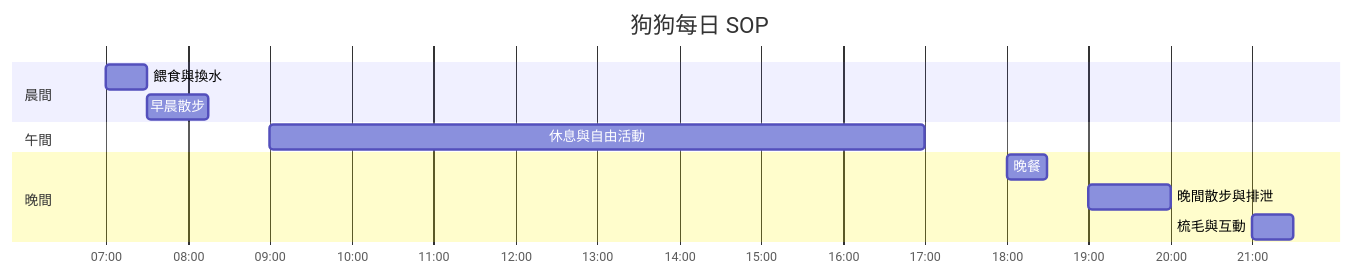
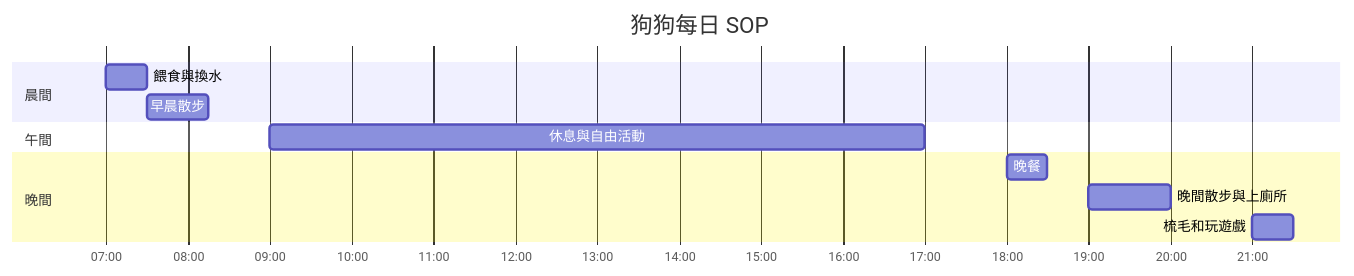
One commit to poppyyyy2002/Dog-Care-SOP changed the first of 2 diagrams in README.md. Above: the diagram before and after it, drawn with Mermaid. The commit also changed other lines of this file, not shown here.

````diff
--- a/README.md
+++ b/README.md
@@ -19,15 +19,15 @@
 ```mermaid
 gantt
     title 狗狗每日 SOP
     dateFormat  HH:mm
     axisFormat  %H:%M
     section 晨間
     餵食與換水       :a1, 07:00, 30m
     早晨散步         :a2, 07:30, 45m
     section 午間
     休息與自由活動   :b1, 09:00, 8h
     section 晚間
     晚餐             :c1, 18:00, 30m
-    晚間散步與排泄   :c2, 19:00, 60m
-    梳毛與互動       :c3, 21:00, 30m
+    晚間散步與上廁所   :c2, 19:00, 60m
+    梳毛和玩遊戲       :c3, 21:00, 30m
 ```
````
